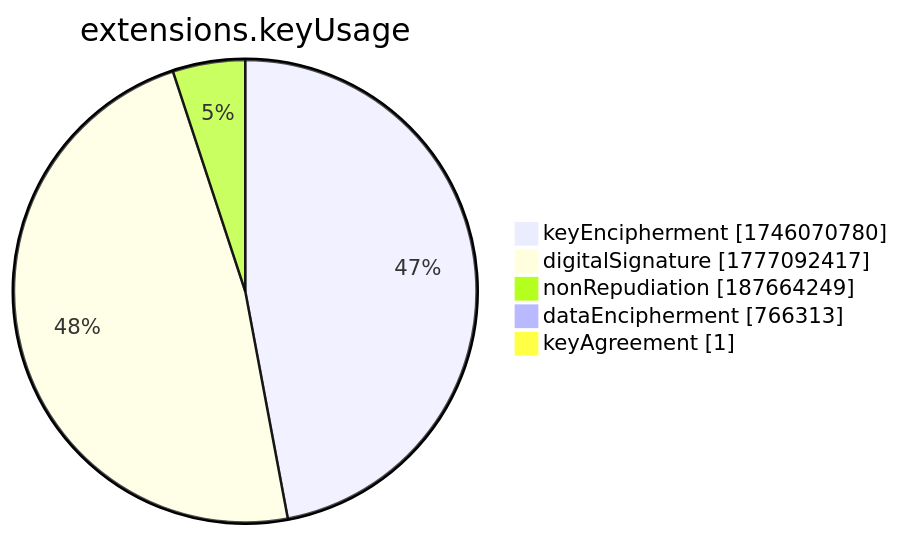
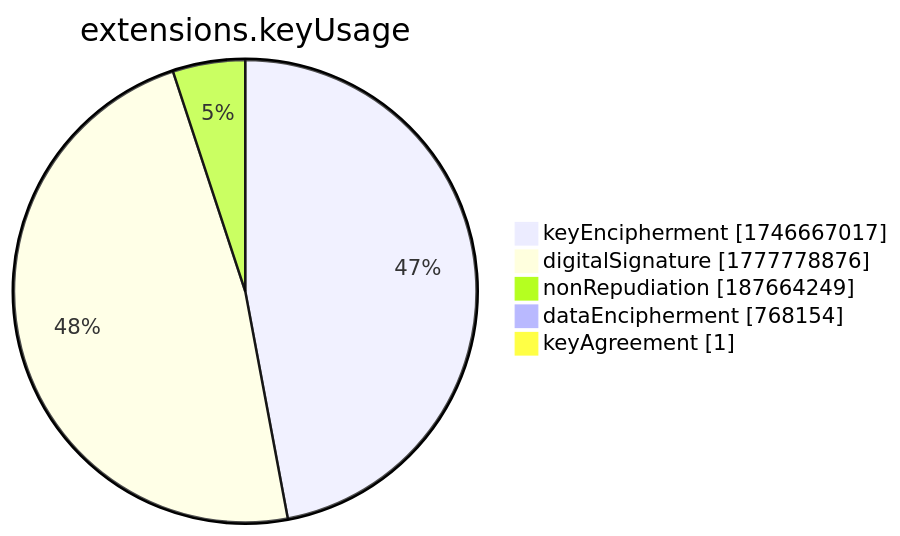
Before and after one commit to christiankrug/ctmonitor_visualization: the seventh of 15 diagrams in xenon2022/README.md, drawn with Mermaid. The commit also changed other lines of this file, not shown here.

````diff
--- a/xenon2022/README.md
+++ b/xenon2022/README.md
@@ -2859,9 +2859,9 @@
 ```mermaid
 pie showData
 title extensions.keyUsage
-"keyEncipherment" :1746070780
-"digitalSignature" :1777092417
+"keyEncipherment" :1746667017
+"digitalSignature" :1777778876
 "nonRepudiation" :187664249
-"dataEncipherment" :766313
+"dataEncipherment" :768154
 "keyAgreement" :1
 ```
````
